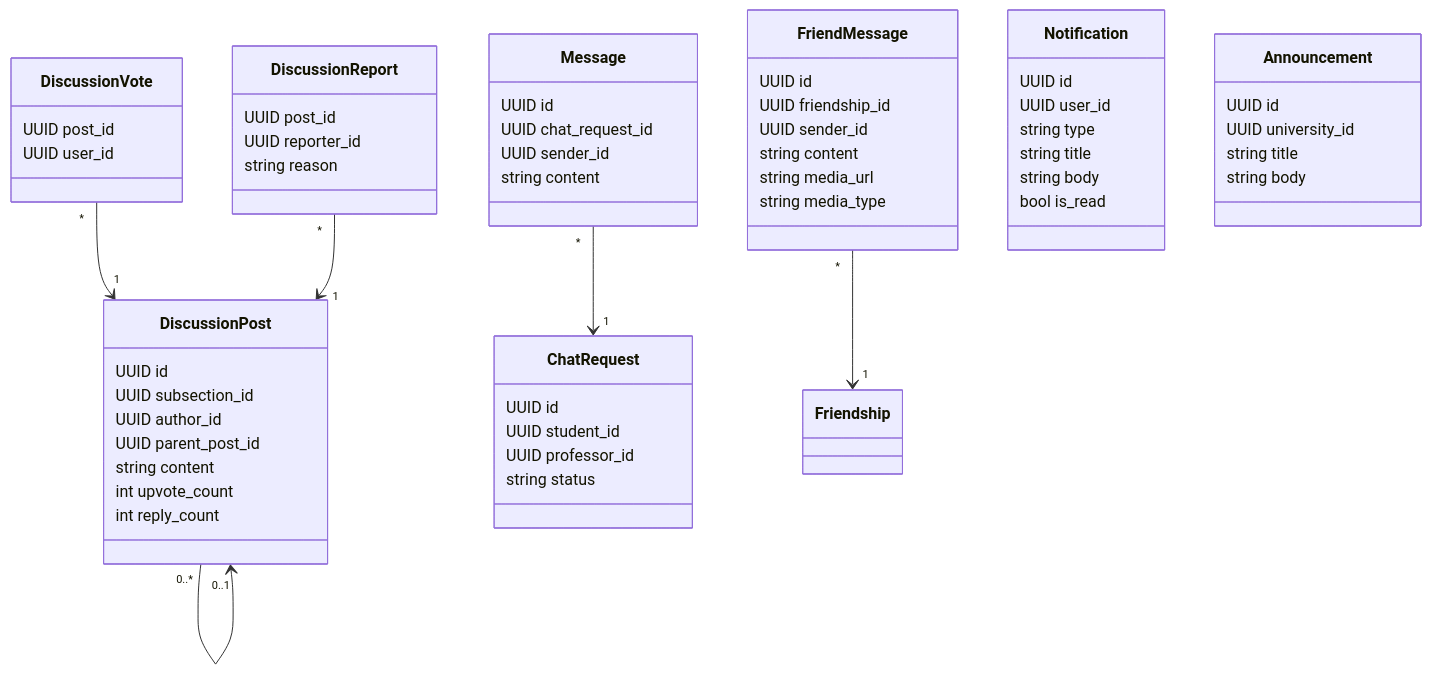
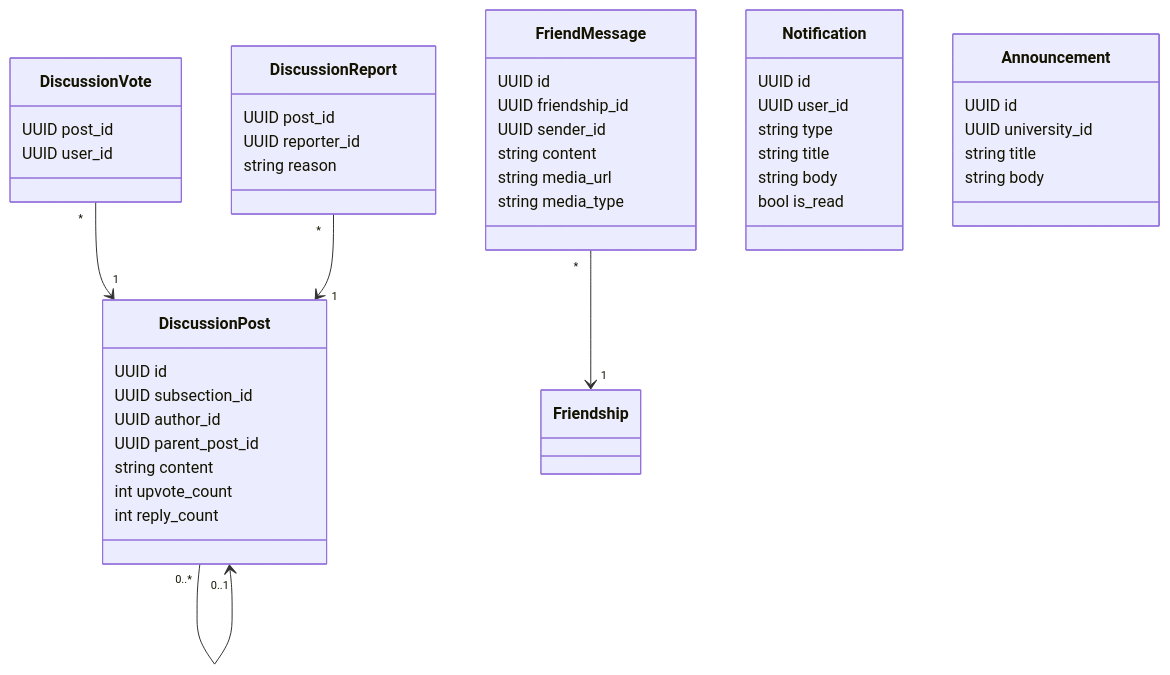
Before and after one commit to yazidha09/Hub4Learners: the second of 5 diagrams in docs/sprints/SPRINT_5.md, drawn with Mermaid. The commit also changed other lines of this file and 15 other files, not shown here.

Commit message:
remove the chat request

````diff
--- a/docs/sprints/SPRINT_5.md
+++ b/docs/sprints/SPRINT_5.md
@@ -81,68 +72,53 @@
 ```mermaid
 classDiagram
     class DiscussionPost {
         UUID id
         UUID subsection_id
         UUID author_id
         UUID parent_post_id
         string content
         int upvote_count
         int reply_count
     }
 
     class DiscussionVote {
         UUID post_id
         UUID user_id
     }
 
     class DiscussionReport {
         UUID post_id
         UUID reporter_id
         string reason
     }
 
     class FriendMessage {
         UUID id
         UUID friendship_id
         UUID sender_id
         string content
         string media_url
         string media_type
     }
 
-    class ChatRequest {
-        UUID id
-        UUID student_id
-        UUID professor_id
-        string status
-    }
-
-    class Message {
-        UUID id
-        UUID chat_request_id
-        UUID sender_id
-        string content
-    }
-
     class Notification {
         UUID id
         UUID user_id
         string type
         string title
         string body
         bool is_read
     }
 
     class Announcement {
         UUID id
         UUID university_id
         string title
         string body
     }
 
     DiscussionPost "0..*" --> "0..1" DiscussionPost
     DiscussionVote "*" --> "1" DiscussionPost
     DiscussionReport "*" --> "1" DiscussionPost
-    Message "*" --> "1" ChatRequest
     FriendMessage "*" --> "1" Friendship
 ```
````
